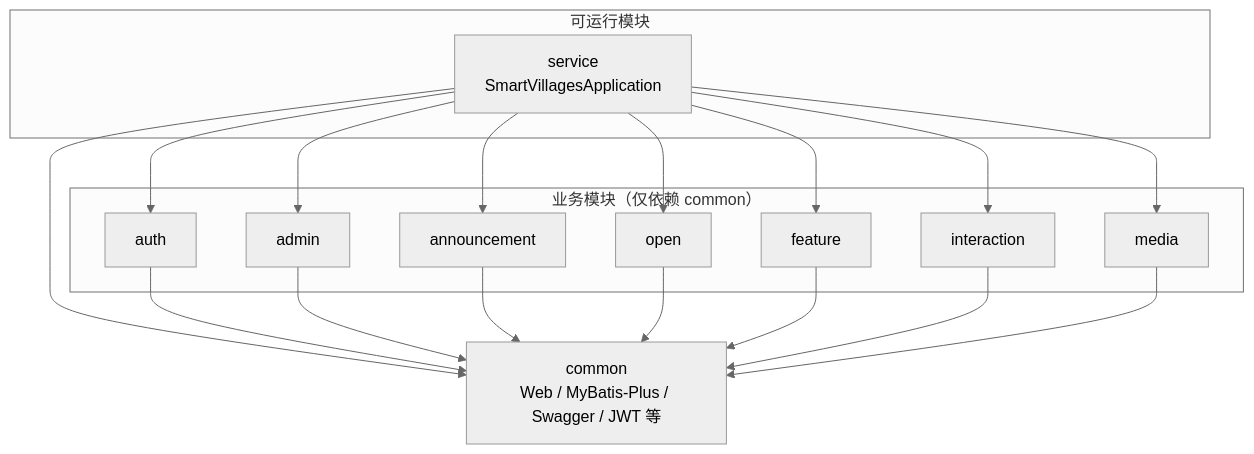
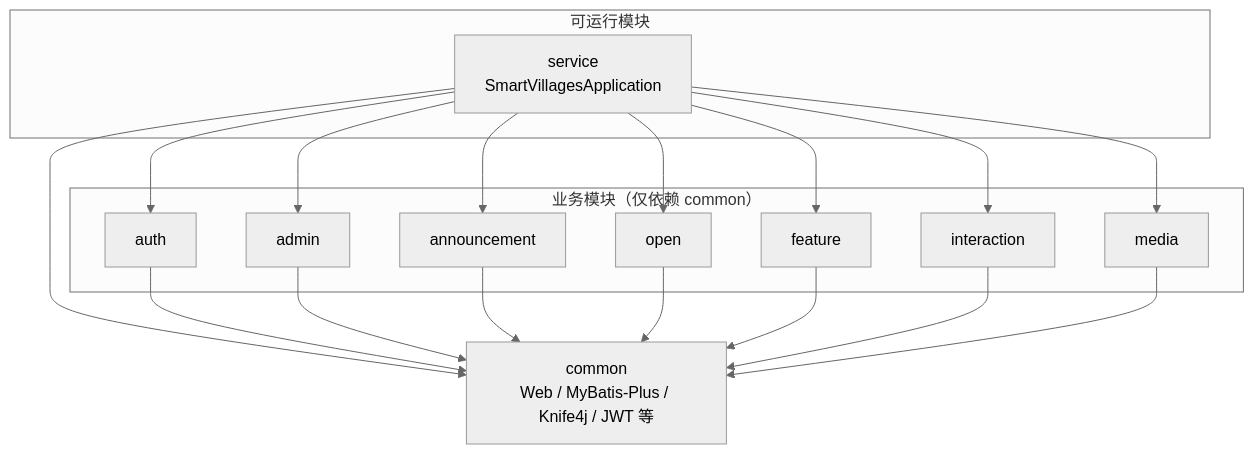
One commit to RecursiveEcho/smartVillage changed the diagram in README.md. Above: the diagram before and after it, drawn with Mermaid (neutral theme). The commit also changed other lines of this file and 12 other files, not shown here.

````diff
--- a/README.md
+++ b/README.md
@@ -202,35 +202,35 @@
 ```mermaid
 flowchart TB
     subgraph runtime["可运行模块"]
         S[service<br/>SmartVillagesApplication]
     end
 
     subgraph libs["业务模块（仅依赖 common）"]
         A[auth]
         D[admin]
         N[announcement]
         O[open]
         F[feature]
         I[interaction]
         M[media]
     end
 
-    C[common<br/>Web / MyBatis-Plus / Swagger / JWT 等]
+    C[common<br/>Web / MyBatis-Plus / Knife4j / JWT 等]
 
     S --> C
     S --> A
     S --> D
     S --> N
     S --> O
     S --> F
     S --> I
     S --> M
 
     A --> C
     D --> C
     N --> C
     O --> C
     F --> C
     I --> C
     M --> C
 ```
````
